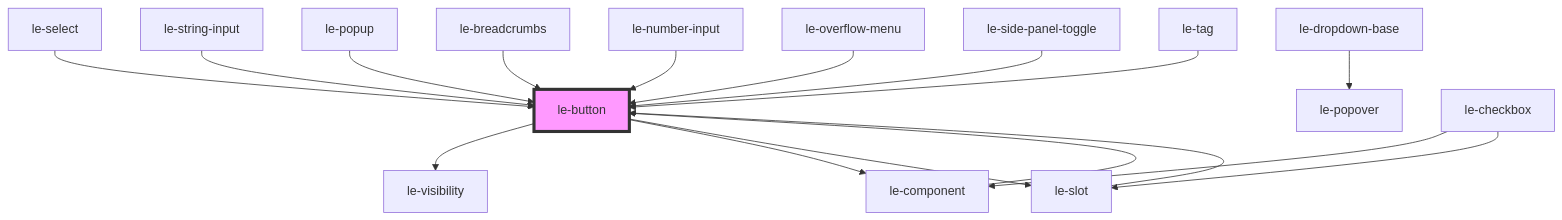
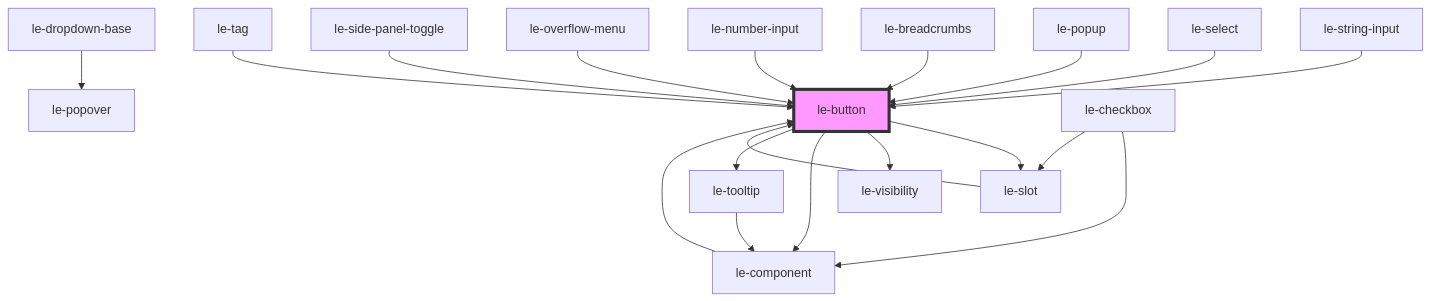
One commit to leechy/le-kit changed the diagram in packages/core/src/components/le-button/readme.md. Above: the diagram before and after it, drawn with Mermaid. The commit also changed other lines of this file and 37 other files, not shown here.

Commit message:
Add tooltip property to <le-button> to be able to display hints for the icon-only buttons

````diff
--- a/packages/core/src/components/le-button/readme.md
+++ b/packages/core/src/components/le-button/readme.md
@@ -166,20 +170,22 @@
 ```mermaid
 graph TD;
+  le-button --> le-slot
   le-button --> le-visibility
   le-button --> le-component
-  le-button --> le-slot
+  le-button --> le-tooltip
+  le-slot --> le-button
+  le-string-input --> le-button
   le-component --> le-button
   le-select --> le-button
   le-dropdown-base --> le-popover
   le-checkbox --> le-component
   le-checkbox --> le-slot
-  le-slot --> le-button
-  le-string-input --> le-button
   le-popup --> le-button
+  le-tooltip --> le-component
   le-breadcrumbs --> le-button
   le-number-input --> le-button
   le-overflow-menu --> le-button
   le-side-panel-toggle --> le-button
   le-tag --> le-button
   style le-button fill:#f9f,stroke:#333,stroke-width:4px
 ```
````
